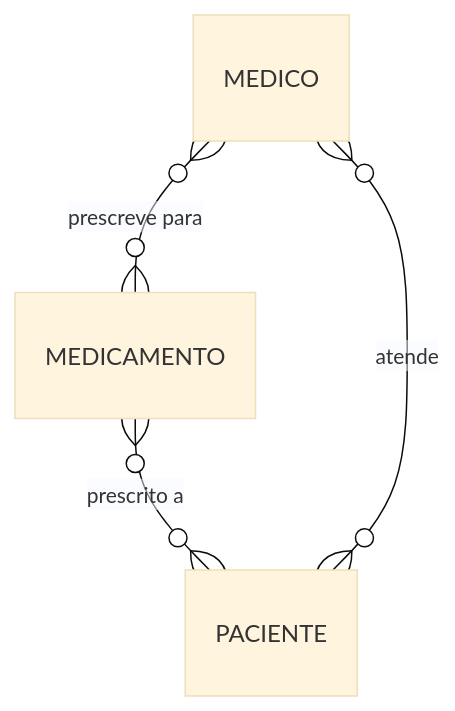
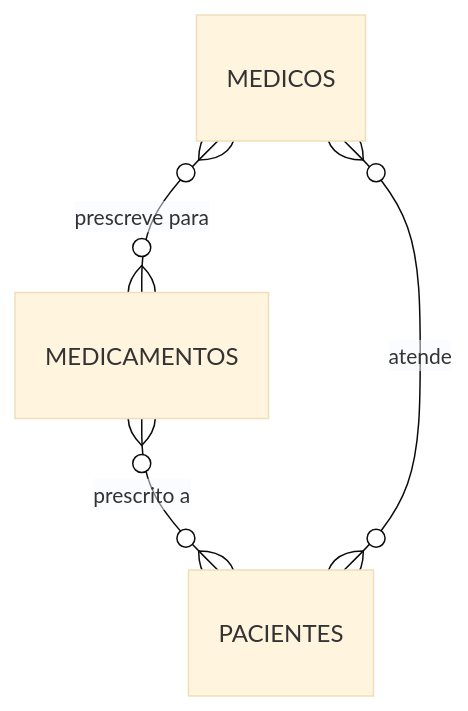
Before and after one commit to GTI-Fatec-Jahu/BDA-GTI-2026-2: the tenth of 13 diagrams in docs/aulas/Aula_03_Relacionamentos_Cardinalidade.md, drawn with Mermaid (base theme). The commit also changed other lines of this file and 5 other files, not shown here.

````diff
--- a/docs/aulas/Aula_03_Relacionamentos_Cardinalidade.md
+++ b/docs/aulas/Aula_03_Relacionamentos_Cardinalidade.md
@@ -773,6 +773,6 @@
 ```mermaid
 erDiagram
-    MEDICO }o--o{ MEDICAMENTO : "prescreve para"
-    MEDICAMENTO }o--o{ PACIENTE : "prescrito a"
-    MEDICO }o--o{ PACIENTE : "atende"
+    MEDICOS }o--o{ MEDICAMENTOS : "prescreve para"
+    MEDICAMENTOS }o--o{ PACIENTES : "prescrito a"
+    MEDICOS }o--o{ PACIENTES : "atende"
 ```
````
